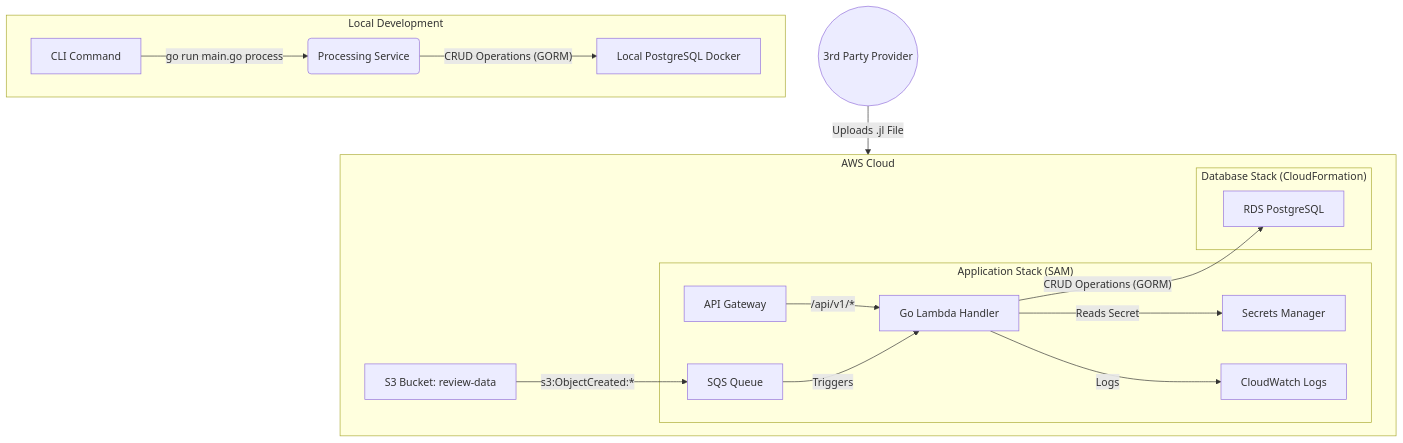
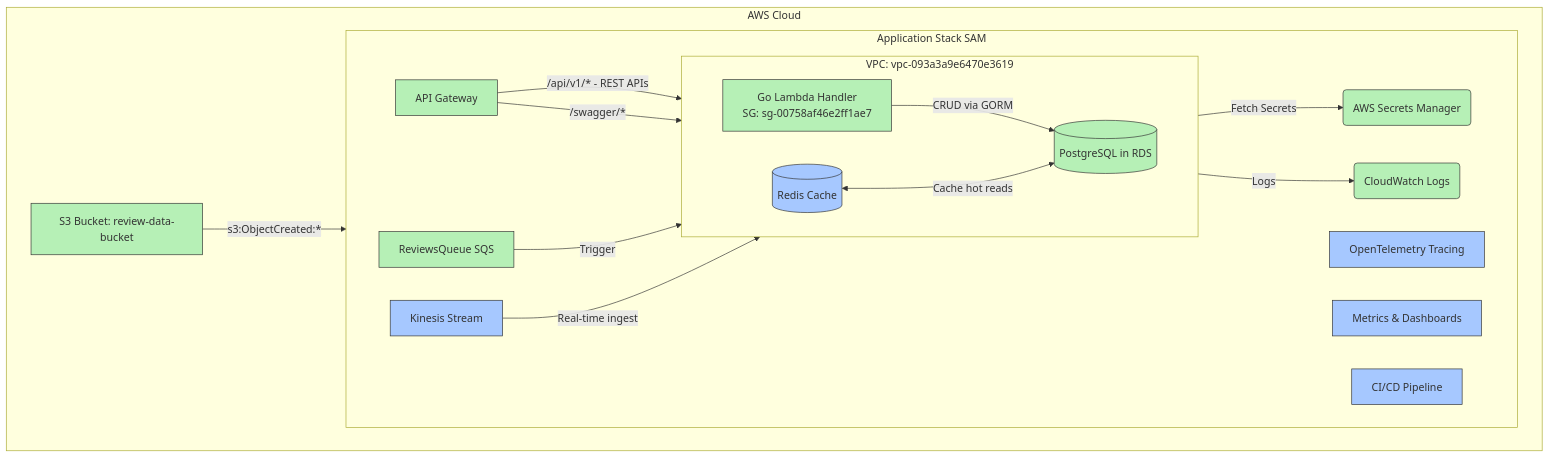
One commit to kirananto/review-system changed the diagram in README.md. Above: the diagram before and after it, drawn with Mermaid. The commit also changed other lines of this file and 1 other file, not shown here.

````diff
--- a/README.md
+++ b/README.md
@@ -18,26 +48,34 @@
 ```mermaid
 graph TD
-    subgraph "AWS Cloud"
-        direction LR
-        subgraph "Application Stack (SAM)"
-            APIGateway[API Gateway] -- "/api/v1/*" --> Lambda[Go Lambda Handler]
-            SQS -- Triggers --> Lambda
-            Lambda -- Reads Secret --> SecretsManager
-            Lambda -- Logs --> CloudWatch[CloudWatch Logs]
-        end
-        subgraph "Database Stack (CloudFormation)"
-            RDS[RDS PostgreSQL]
-            SecretsManager[Secrets Manager]
-        end
-        S3[S3 Bucket: review-data] -- "s3:ObjectCreated:*" --> SQS[SQS Queue]
-        Lambda -- "CRUD Operations (GORM)" --> RDS
+  classDef current fill:#b6f0b6,stroke:#333,stroke-width:1px;
+  classDef ideal fill:#a6c8ff,stroke:#333,stroke-width:1px;
+
+  subgraph AWS_Cloud[AWS Cloud]
+    direction LR
+
+    subgraph Application_Stack[Application Stack SAM]
+      direction LR
+      APIGateway[API Gateway]:::current -->|"/api/v1/* - REST APIs"| Lambda
+      APIGateway -->|"/swagger/*"| Lambda
+      SQS[ReviewsQueue SQS]:::current -->|Trigger| Lambda
+      Lambda -->|Fetch Secrets| SecretsManager(AWS Secrets Manager):::current
+      Lambda -->|Logs| CloudWatch(CloudWatch Logs):::current
+      Kinesis[Kinesis Stream]:::ideal -->|Real-time ingest| Lambda
+      Tracing[OpenTelemetry Tracing]:::ideal
+      Monitoring[Metrics & Dashboards]:::ideal
+      CodePipeline[CI/CD Pipeline]:::ideal
+
+    subgraph VPC[VPC: vpc-093a3a9e6470e3619]
+    direction LR
+    Lambda[Go Lambda Handler<br>SG: sg-00758af46e2ff1ae7]:::current
+    RDS[(PostgreSQL in RDS)]:::current
+    Redis[(Redis Cache)]:::ideal
+    Lambda -->|CRUD via GORM| RDS
+    Redis <-->|Cache hot reads| RDS
     end
 
-    subgraph "Local Development"
-        direction LR
-        CLI[CLI Command] -- "go run main.go process" --> Service(Processing Service)
-        Service -- "CRUD Operations (GORM)" --> LocalDB[Local PostgreSQL Docker]
     end
 
-    Provider((3rd Party Provider)) -- "Uploads .jl File" --> S3
+    S3[S3 Bucket: review-data-bucket]:::current -->|s3:ObjectCreated:*| SQS
+  end
 ```
````
